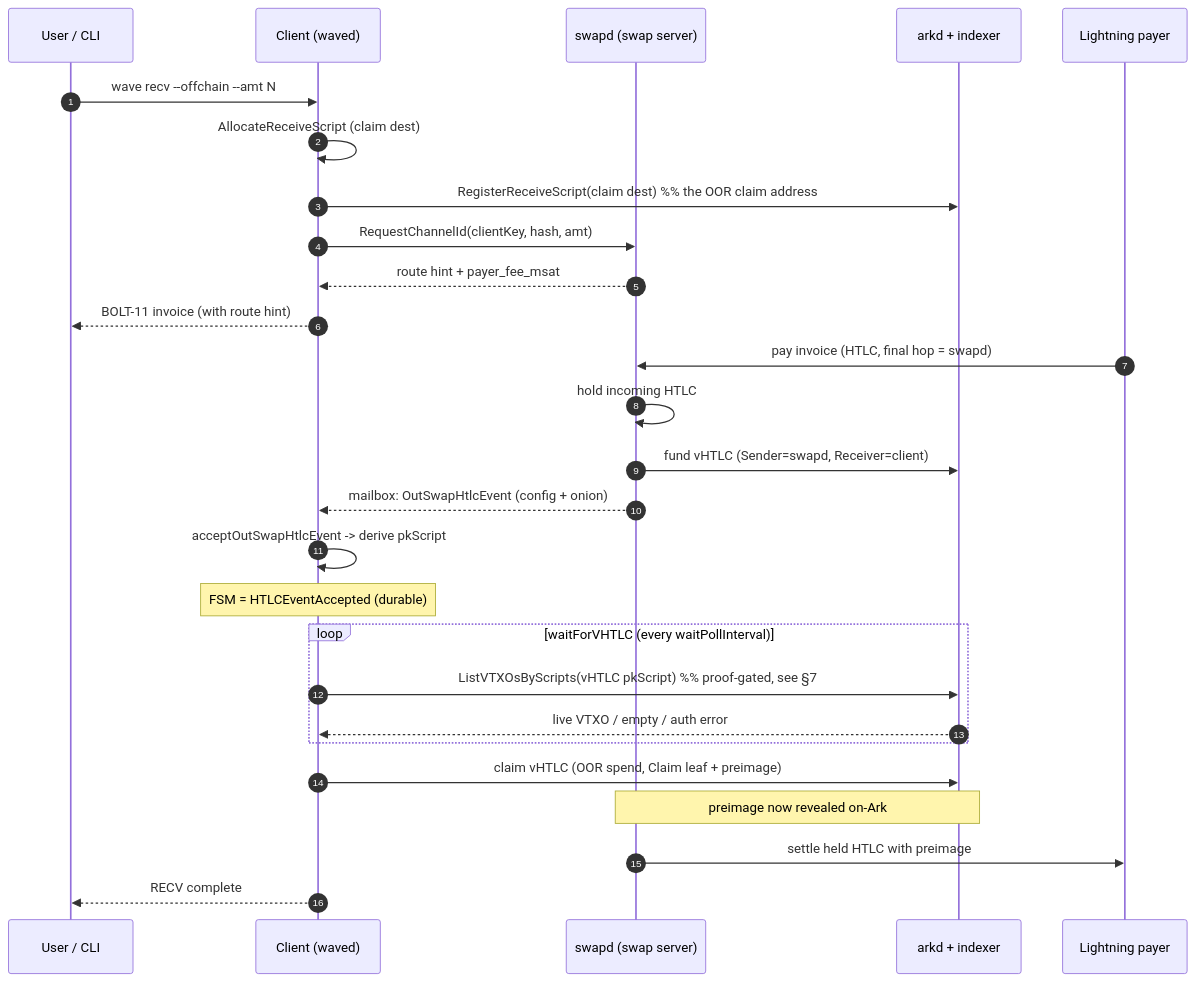
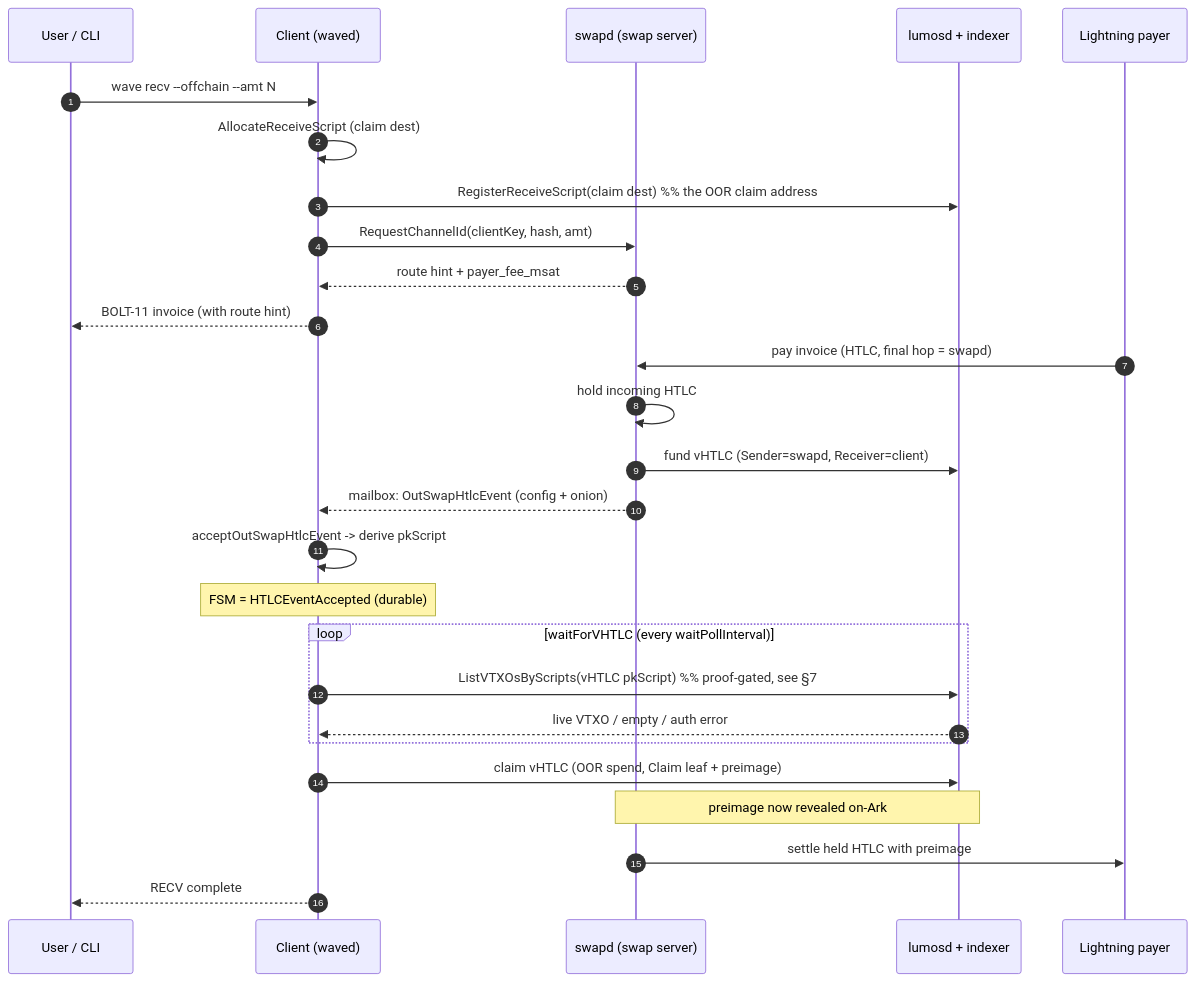
Before and after one commit to lightninglabs/wavelength: the second of 6 diagrams in docs/swap_system.md, drawn with Mermaid. The commit also changed other lines of this file and 12 other files, not shown here.

First line of the commit message:
multi: repoint Ark server references from arkd to lumosd

````diff
--- a/docs/swap_system.md
+++ b/docs/swap_system.md
@@ -240,33 +240,33 @@
 ```mermaid
 sequenceDiagram
     autonumber
     participant U as User / CLI
     participant C as Client (waved)
     participant S as swapd (swap server)
-    participant A as arkd + indexer
+    participant A as lumosd + indexer
     participant L as Lightning payer
 
     U->>C: wave recv --offchain --amt N
     C->>C: AllocateReceiveScript (claim dest)
     C->>A: RegisterReceiveScript(claim dest)   %% the OOR claim address
     C->>S: RequestChannelId(clientKey, hash, amt)
     S-->>C: route hint + payer_fee_msat
     C-->>U: BOLT-11 invoice (with route hint)
 
     L->>S: pay invoice (HTLC, final hop = swapd)
     S->>S: hold incoming HTLC
     S->>A: fund vHTLC (Sender=swapd, Receiver=client)
     S-->>C: mailbox: OutSwapHtlcEvent (config + onion)
     C->>C: acceptOutSwapHtlcEvent -> derive pkScript
     Note over C: FSM = HTLCEventAccepted (durable)
 
     loop waitForVHTLC (every waitPollInterval)
         C->>A: ListVTXOsByScripts(vHTLC pkScript)  %% proof-gated, see §7
         A-->>C: live VTXO  /  empty  /  auth error
     end
 
     C->>A: claim vHTLC (OOR spend, Claim leaf + preimage)
     Note over S,A: preimage now revealed on-Ark
     S->>L: settle held HTLC with preimage
     C-->>U: RECV complete
 ```
````
